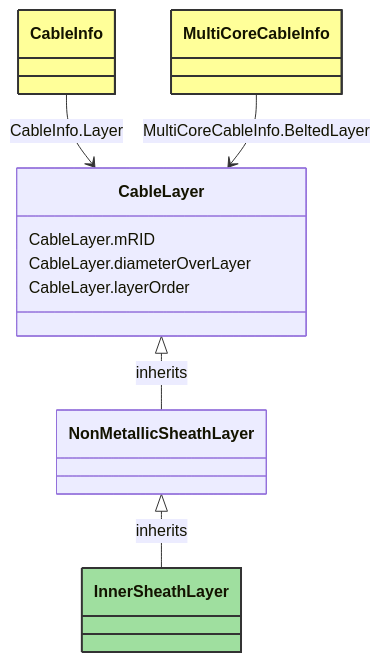
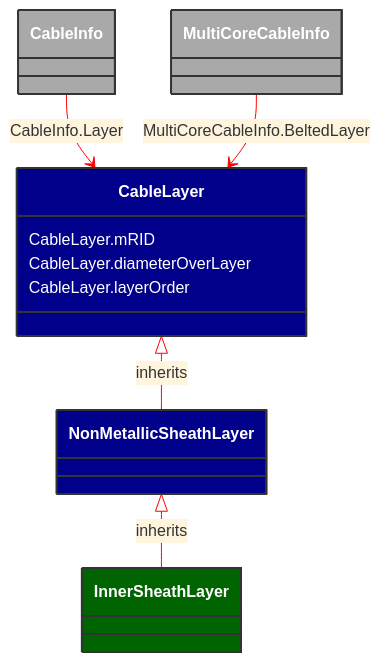
Before and after one commit to 3lbits/NoCIMExtensions: the diagram in docs/Models/Profiles/SubseaCableInfo/ConcreteClasses/InnerSheathLayer.md, drawn with Mermaid. The commit also changed 58 other files, not shown here.

````diff
--- a/docs/Models/Profiles/SubseaCableInfo/ConcreteClasses/InnerSheathLayer.md
+++ b/docs/Models/Profiles/SubseaCableInfo/ConcreteClasses/InnerSheathLayer.md
@@ -8,36 +8,37 @@
 ```mermaid
+%%{init: {'theme':'base','themeVariables': {'lineColor': '#FF0000'}}}%%
 classDiagram
     class InnerSheathLayer
     click InnerSheathLayer href "/Models/Profiles/SubseaCableInfo/ConcreteClasses/InnerSheathLayer/"
-    style InnerSheathLayer fill:#9fdf9f,stroke:#333,stroke-width:2px,rx:10,ry:10
+    style InnerSheathLayer fill:#006400,stroke:#333,stroke-width:2px,rx:10,ry:10,color:white
 
         NonMetallicSheathLayer <|-- InnerSheathLayer : inherits
             click NonMetallicSheathLayer href "/Models/Profiles/SubseaCableInfo/ConcreteClasses/NonMetallicSheathLayer/"
-            style NonMetallicSheathLayer rx:10,ry:10
+            style NonMetallicSheathLayer fill:#00008B,stroke:#333,stroke-width:2px,rx:10,ry:10,color:white
 
         InnerSheathLayer
             click InnerSheathLayer href "/Models/Profiles/SubseaCableInfo/ConcreteClasses/InnerSheathLayer/"
-            style InnerSheathLayer rx:10,ry:10
+            style NonMetallicSheathLayer fill:#00008B,stroke:#333,stroke-width:2px,rx:10,ry:10,color:white
 
         CableLayer <|-- NonMetallicSheathLayer : inherits
             click CableLayer href "/Models/Profiles/SubseaCableInfo/AbstractClasses/CableLayer/"
-            style CableLayer rx:10,ry:10
+            style CableLayer fill:#00008B,stroke:#333,stroke-width:2px,rx:10,ry:10,color:white
 
 
         CableInfo --> CableLayer : CableInfo.Layer
 
         CableInfo
             click CableInfo href "/Models/Profiles/SubseaCableInfo/ConcreteClasses/CableInfo/"
-            style CableInfo fill:#ffff99,stroke:#333,stroke-width:2px,rx:10,ry:10
+            style CableInfo fill:#A9A9A9,stroke:#333,stroke-width:2px,rx:10,ry:10,color:white
 
         MultiCoreCableInfo --> CableLayer : MultiCoreCableInfo.BeltedLayer
 
         MultiCoreCableInfo
             click MultiCoreCableInfo href "/Models/Profiles/SubseaCableInfo/ConcreteClasses/MultiCoreCableInfo/"
-            style MultiCoreCableInfo fill:#ffff99,stroke:#333,stroke-width:2px,rx:10,ry:10
+            style MultiCoreCableInfo fill:#A9A9A9,stroke:#333,stroke-width:2px,rx:10,ry:10,color:white
 
 
         CableLayer : CableLayer.mRID
         CableLayer : CableLayer.diameterOverLayer
         CableLayer : CableLayer.layerOrder
 ```
````
